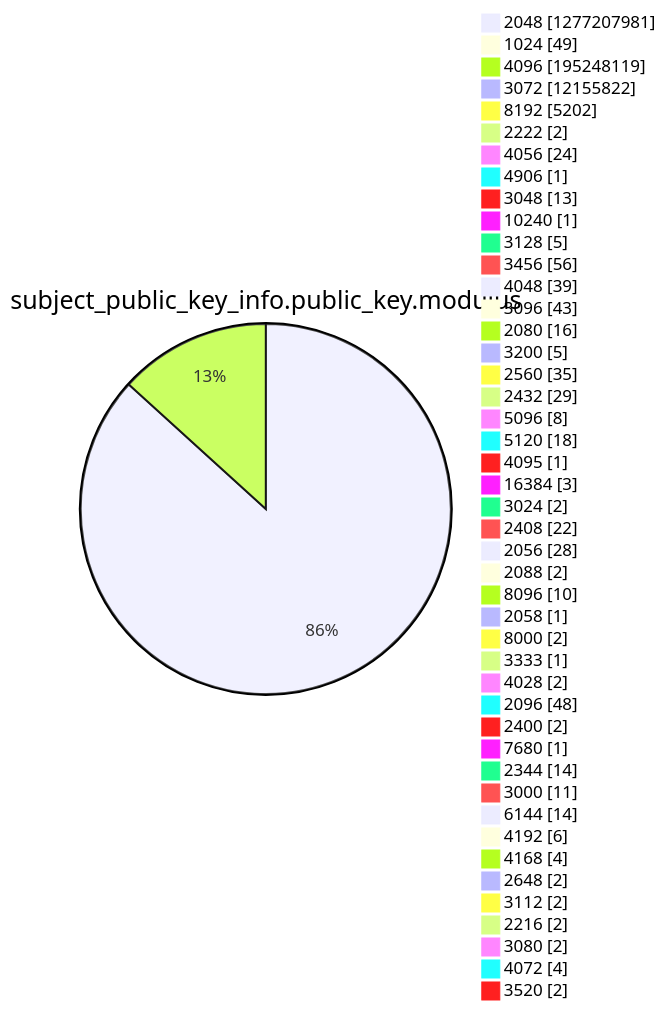
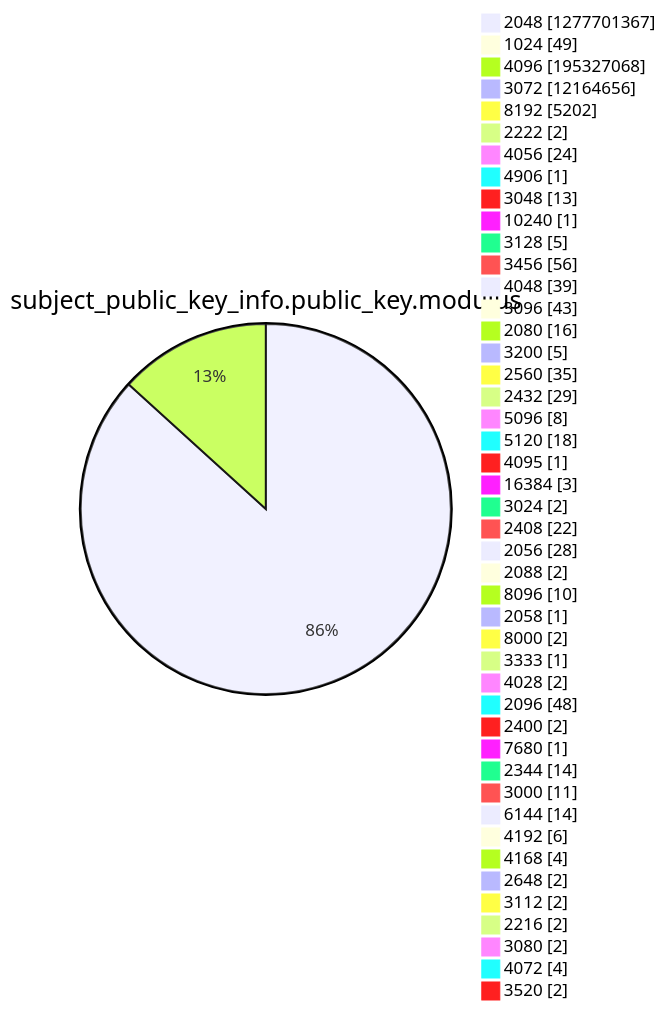
One commit to christiankrug/ctmonitor_visualization changed diagram 13 of 15 in xenon2022/README.md. Above: the diagram before and after it, drawn with Mermaid. The commit also changed other lines of this file, not shown here.

````diff
--- a/xenon2022/README.md
+++ b/xenon2022/README.md
@@ -3920,49 +3920,49 @@
 ```mermaid
 pie showData
 title subject_public_key_info.public_key.modulus
-"2048" :1277207981
+"2048" :1277701367
 "1024" :49
-"4096" :195248119
-"3072" :12155822
+"4096" :195327068
+"3072" :12164656
 "8192" :5202
 "2222" :2
 "4056" :24
 "4906" :1
 "3048" :13
 "10240" :1
 "3128" :5
 "3456" :56
 "4048" :39
 "3096" :43
 "2080" :16
 "3200" :5
 "2560" :35
 "2432" :29
 "5096" :8
 "5120" :18
 "4095" :1
 "16384" :3
 "3024" :2
 "2408" :22
 "2056" :28
 "2088" :2
 "8096" :10
 "2058" :1
 "8000" :2
 "3333" :1
 "4028" :2
 "2096" :48
 "2400" :2
 "7680" :1
 "2344" :14
 "3000" :11
 "6144" :14
 "4192" :6
 "4168" :4
 "2648" :2
 "3112" :2
 "2216" :2
 "3080" :2
 "4072" :4
 "3520" :2
 ```
````
